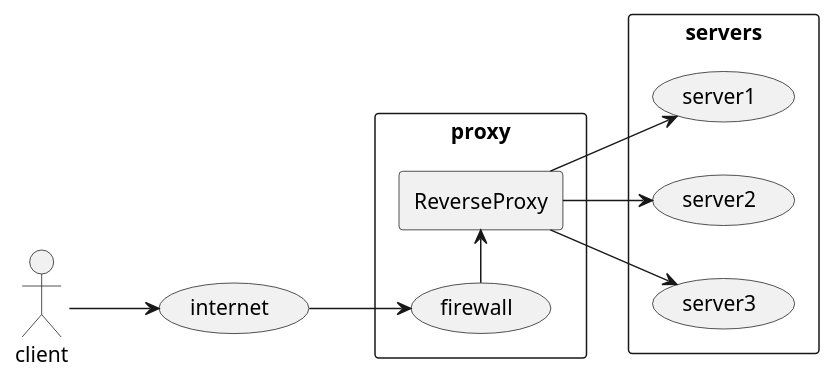
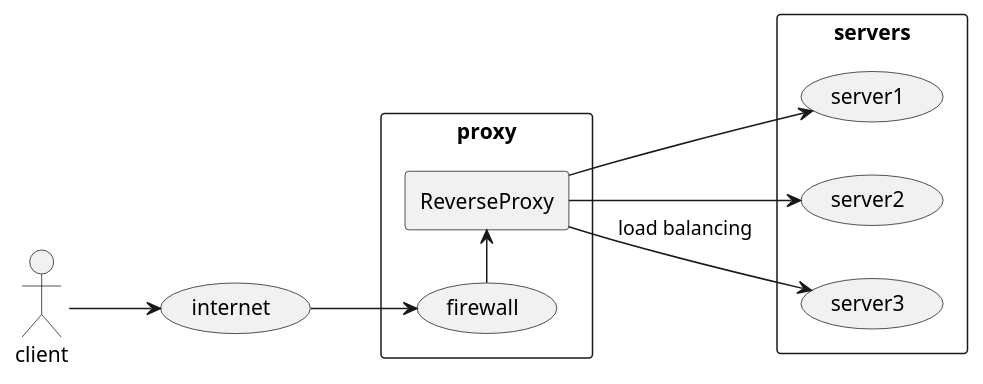
One commit to gdh1829/Study-Note changed the third of 3 diagrams in Infra/Terminology/Proxy.md. Above: the diagram before and after it, drawn with PlantUML. The commit also changed other lines of this file, not shown here.

````diff
--- a/Infra/Terminology/Proxy.md
+++ b/Infra/Terminology/Proxy.md
@@ -73,22 +73,22 @@
 ```plantuml
 left to right direction
 actor client
 (internet)
 rectangle proxy {
     rectangle ReverseProxy as rp
     (firewall) as fw
     fw -> rp
 }
 rectangle servers {
   (server1) as s1
   (server2) as s2
   (server3) as s3
 }
 
 client --> internet
 internet --> fw
 rp --> s1
 rp --> s2
-rp --> s3
+rp --> s3: load balancing
 
 ```
````
